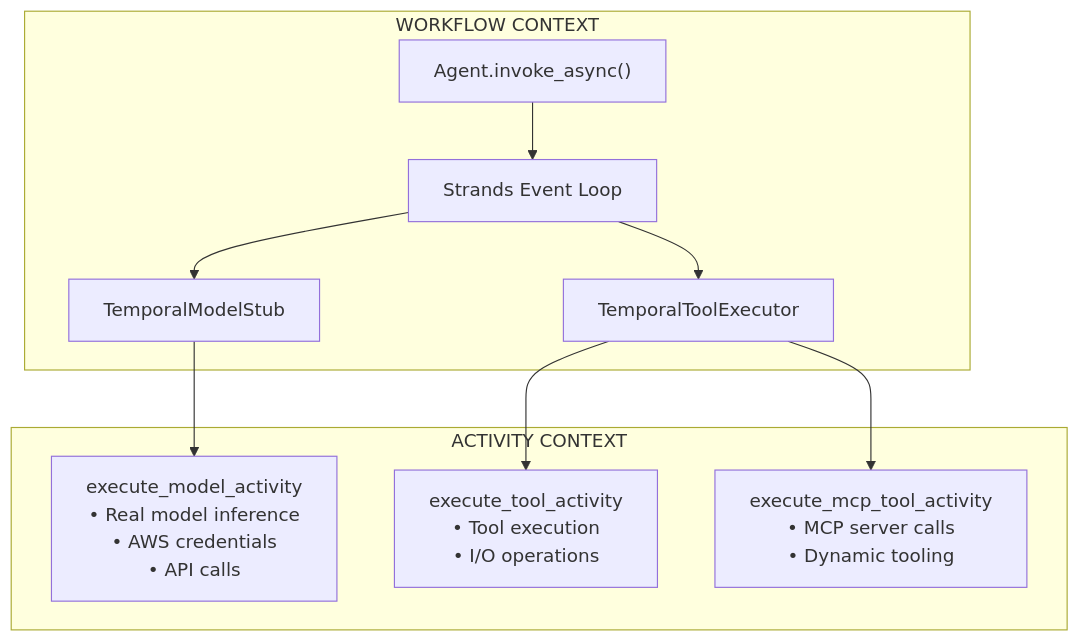
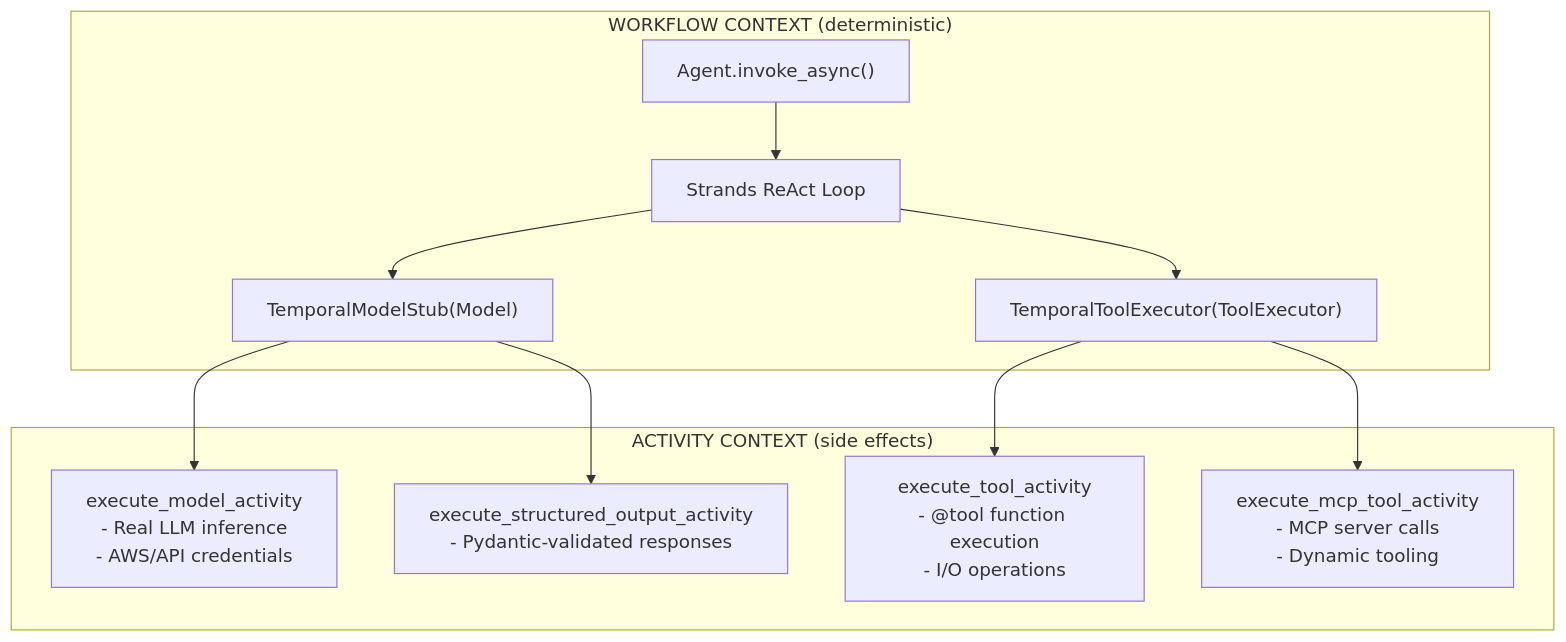
The diagram in README.md (theagenticguy/strands-temporal-plugin), drawn with Mermaid before and after one commit. The commit also changed other lines of this file and 41 other files, not shown here.

````diff
--- a/README.md
+++ b/README.md
@@ -138,23 +98,25 @@
 ```mermaid
 graph TB
-    subgraph Workflow["WORKFLOW CONTEXT"]
+    subgraph Workflow["WORKFLOW CONTEXT (deterministic)"]
         Agent["Agent.invoke_async()"]
-        EventLoop["Strands Event Loop"]
-        ModelStub["TemporalModelStub"]
-        ToolExec["TemporalToolExecutor"]
+        Loop["Strands ReAct Loop"]
+        Stub["TemporalModelStub(Model)"]
+        Exec["TemporalToolExecutor(ToolExecutor)"]
 
-        Agent --> EventLoop
-        EventLoop --> ModelStub
-        EventLoop --> ToolExec
+        Agent --> Loop
+        Loop --> Stub
+        Loop --> Exec
     end
 
-    subgraph Activities["ACTIVITY CONTEXT"]
-        ModelActivity["execute_model_activity<br/>• Real model inference<br/>• AWS credentials<br/>• API calls"]
-        ToolActivity["execute_tool_activity<br/>• Tool execution<br/>• I/O operations"]
-        MCPActivity["execute_mcp_tool_activity<br/>• MCP server calls<br/>• Dynamic tooling"]
+    subgraph Activities["ACTIVITY CONTEXT (side effects)"]
+        Model["execute_model_activity\n- Real LLM inference\n- AWS/API credentials"]
+        Tool["execute_tool_activity\n- @tool function execution\n- I/O operations"]
+        MCP["execute_mcp_tool_activity\n- MCP server calls\n- Dynamic tooling"]
+        Structured["execute_structured_output_activity\n- Pydantic-validated responses"]
 
-        ModelStub --> ModelActivity
-        ToolExec --> ToolActivity
-        ToolExec --> MCPActivity
+        Stub --> Model
+        Stub --> Structured
+        Exec --> Tool
+        Exec --> MCP
     end
 ```
````
